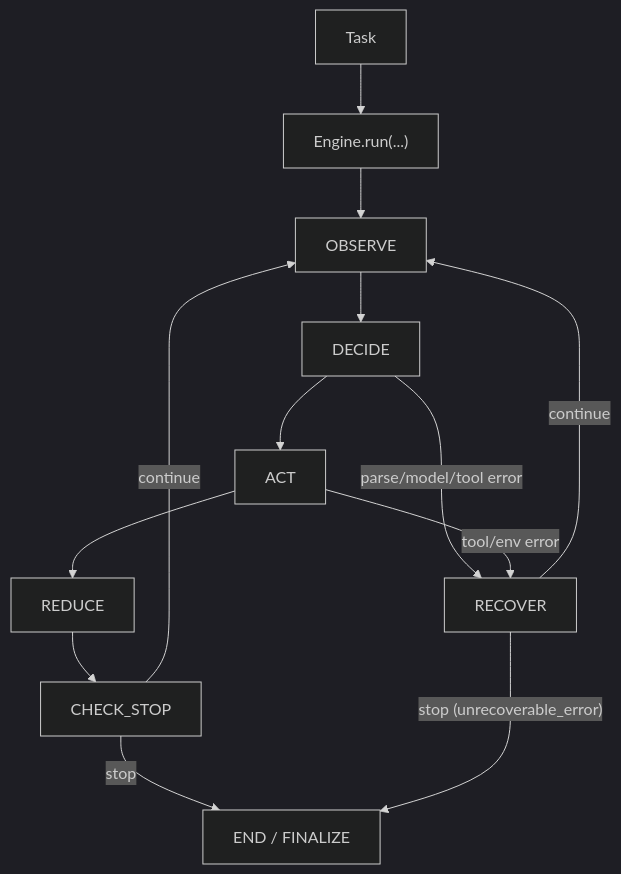
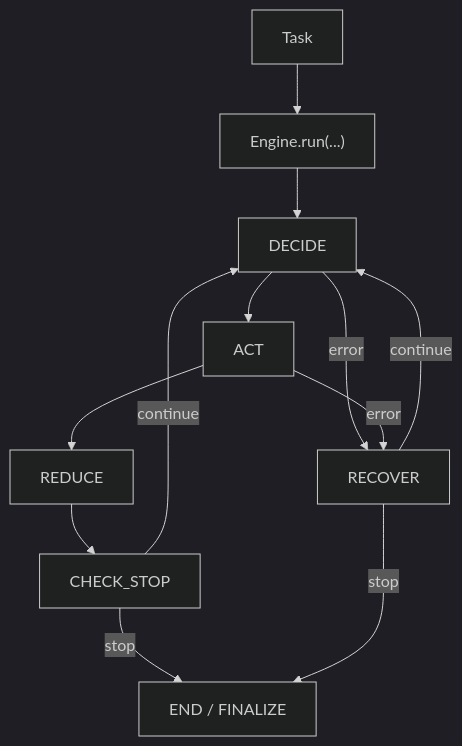
One commit to Qitor/qitos changed the diagram in docs/research/kernel.md. Above: the diagram before and after it, drawn with Mermaid (dark theme). The commit also changed other lines of this file and 53 other files, not shown here.

````diff
--- a/docs/research/kernel.md
+++ b/docs/research/kernel.md
@@ -33,16 +20,15 @@
 ```mermaid
 flowchart TB
     T["Task"] --> R["Engine.run(...)"]
-    R --> O["OBSERVE"]
-    O --> D["DECIDE"]
+    R --> D["DECIDE"]
     D --> A["ACT"]
     A --> X["REDUCE"]
     X --> C["CHECK_STOP"]
-    C -->|"continue"| O
+    C -->|"continue"| D
     C -->|"stop"| E["END / FINALIZE"]
 
-    D -->|parse/model/tool error| RD["RECOVER"]
-    A -->|tool/env error| RD
-    RD -->|"continue"| O
-    RD -->|"stop (unrecoverable_error)"| E
+    D -->|error| RD["RECOVER"]
+    A -->|error| RD
+    RD -->|"continue"| D
+    RD -->|"stop"| E
 ```
````
